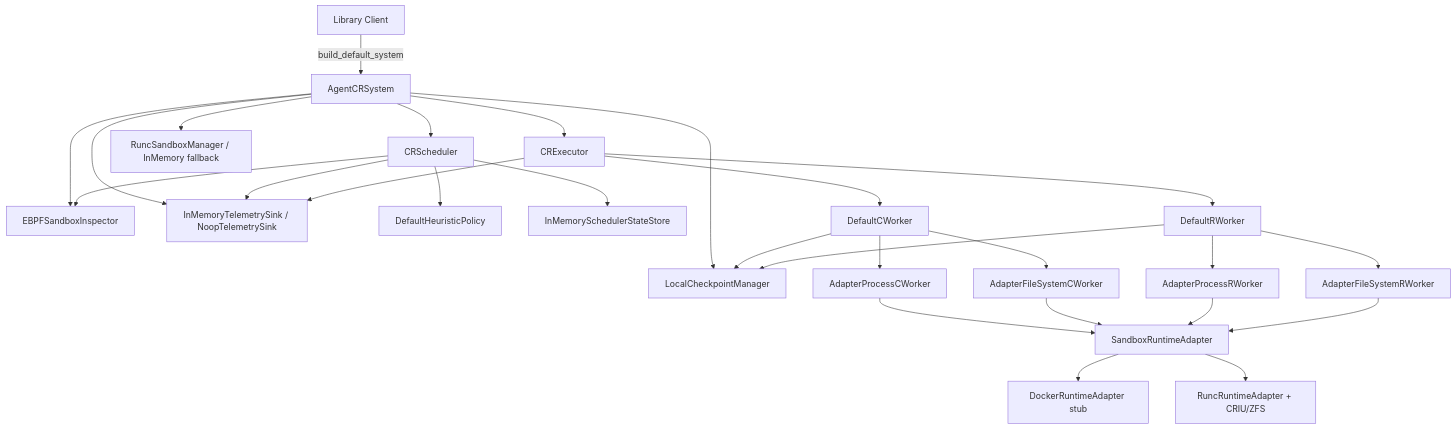
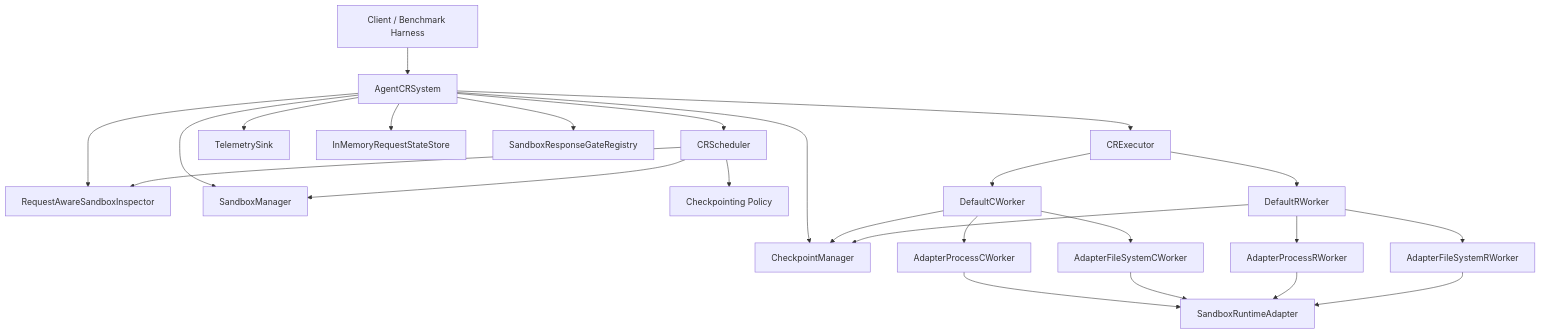
One commit to ChaokunChang/crab changed the diagram in docs/architecture.md. Above: the diagram before and after it, drawn with Mermaid. The commit also changed other lines of this file and 19 other files, not shown here.

````diff
--- a/docs/architecture.md
+++ b/docs/architecture.md
@@ -7,36 +7,33 @@
 ```mermaid
 flowchart TD
-    Client[Library Client] -->|build_default_system| System[AgentCRSystem]
+    Client[Client / Benchmark Harness] --> System[AgentCRSystem]
 
     System --> Scheduler[CRScheduler]
     System --> Executor[CRExecutor]
-    System --> Storage[LocalCheckpointManager]
-    System --> Inspector[EBPFSandboxInspector]
-    System --> SandboxMgr[RuncSandboxManager / InMemory fallback]
-    System --> Telemetry[InMemoryTelemetrySink / NoopTelemetrySink]
+    System --> Storage[CheckpointManager]
+    System --> Inspector[RequestAwareSandboxInspector]
+    System --> SandboxMgr[SandboxManager]
+    System --> Telemetry[TelemetrySink]
+    System --> RequestStore[InMemoryRequestStateStore]
+    System --> ResponseGate[SandboxResponseGateRegistry]
 
-    Scheduler --> Policy[DefaultHeuristicPolicy]
-    Scheduler --> State[InMemorySchedulerStateStore]
+    Scheduler --> Policy[Checkpointing Policy]
     Scheduler --> Inspector
-    Scheduler --> Telemetry
+    Scheduler --> SandboxMgr
 
     Executor --> CWorker[DefaultCWorker]
     Executor --> RWorker[DefaultRWorker]
-    Executor --> Telemetry
 
     CWorker --> ProcessC[AdapterProcessCWorker]
     CWorker --> FsC[AdapterFileSystemCWorker]
     CWorker --> Storage
 
     RWorker --> ProcessR[AdapterProcessRWorker]
     RWorker --> FsR[AdapterFileSystemRWorker]
     RWorker --> Storage
 
     ProcessC --> Runtime[SandboxRuntimeAdapter]
     FsC --> Runtime
     ProcessR --> Runtime
     FsR --> Runtime
-
-    Runtime --> Docker[DockerRuntimeAdapter stub]
-    Runtime --> Runc[RuncRuntimeAdapter + CRIU/ZFS]
 ```
````
